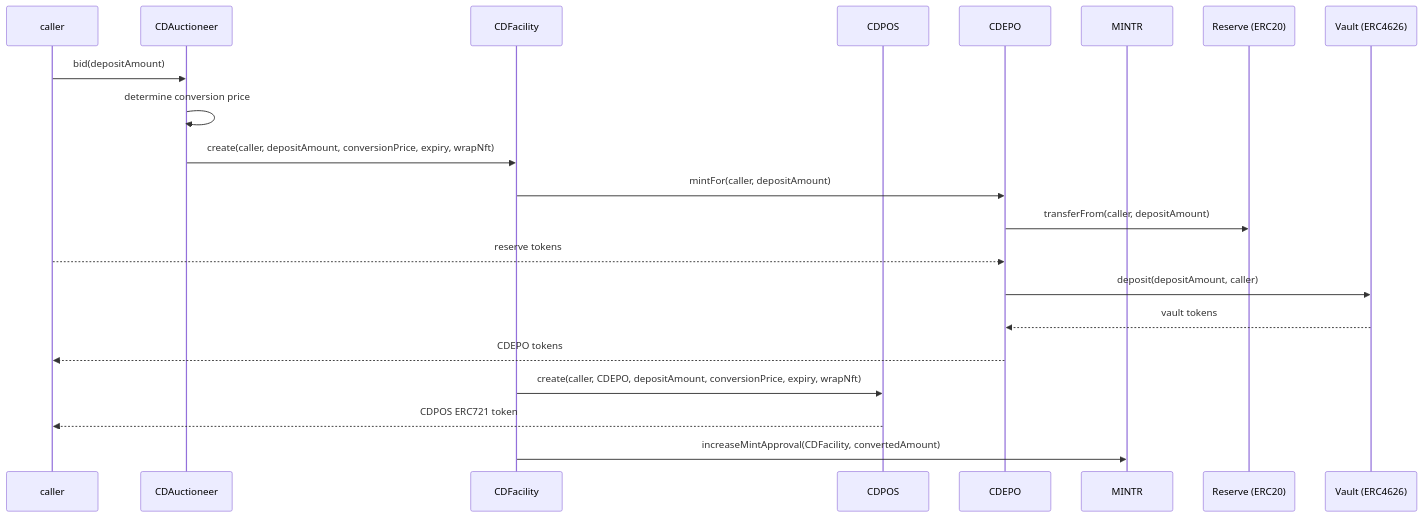
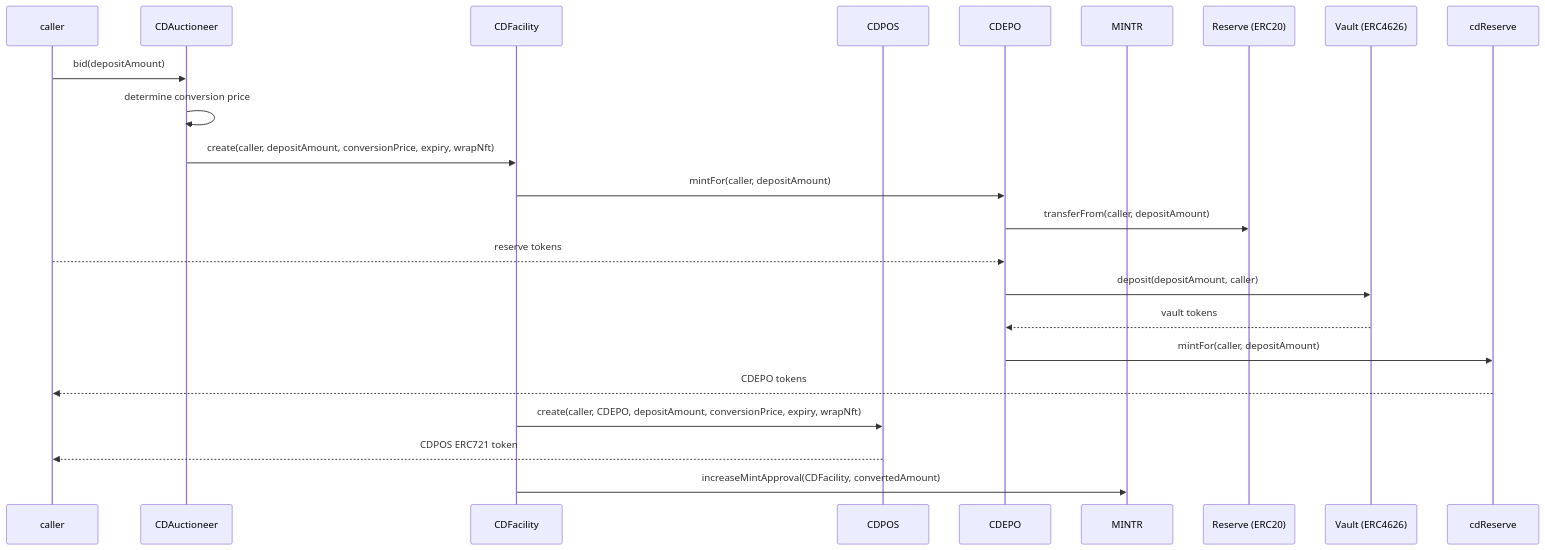
One commit to OlympusDAO/olympus-v3 changed the third of 6 diagrams in audit/2025-01_convertible-deposits/README.md. Above: the diagram before and after it, drawn with Mermaid. The commit also changed other lines of this file, not shown here.

````diff
--- a/audit/2025-01_convertible-deposits/README.md
+++ b/audit/2025-01_convertible-deposits/README.md
@@ -166,24 +166,26 @@
 ```mermaid
 sequenceDiagram
     participant caller
     participant CDAuctioneer
     participant CDFacility
     participant CDPOS
     participant CDEPO
     participant MINTR
     participant ReserveToken as Reserve (ERC20)
     participant VaultToken as Vault (ERC4626)
+    participant cdReserve
 
     caller->>CDAuctioneer: bid(depositAmount)
     CDAuctioneer->>CDAuctioneer: determine conversion price
     CDAuctioneer->>CDFacility: create(caller, depositAmount, conversionPrice, expiry, wrapNft)
     CDFacility->>CDEPO: mintFor(caller, depositAmount)
     CDEPO->>ReserveToken: transferFrom(caller, depositAmount)
     caller-->>CDEPO: reserve tokens
     CDEPO->>VaultToken: deposit(depositAmount, caller)
     VaultToken-->>CDEPO: vault tokens
-    CDEPO-->>caller: CDEPO tokens
+    CDEPO->>cdReserve: mintFor(caller, depositAmount)
+    cdReserve-->>caller: CDEPO tokens
     CDFacility->>CDPOS: create(caller, CDEPO, depositAmount, conversionPrice, expiry, wrapNft)
     CDPOS-->>caller: CDPOS ERC721 token
     CDFacility->>MINTR: increaseMintApproval(CDFacility, convertedAmount)
 ```
````
